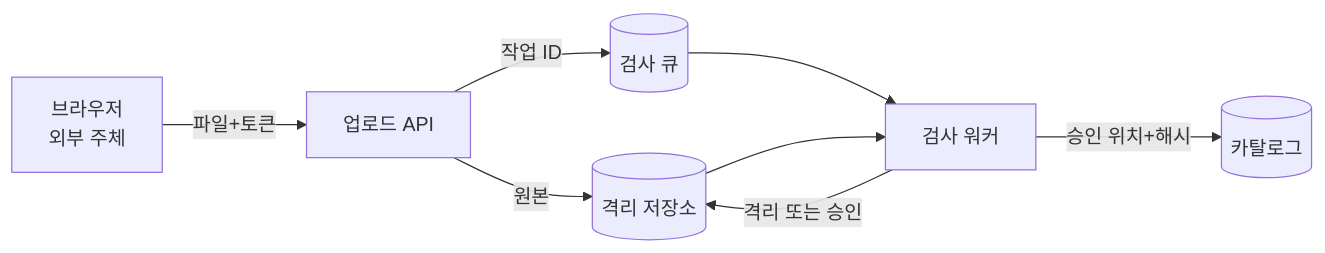
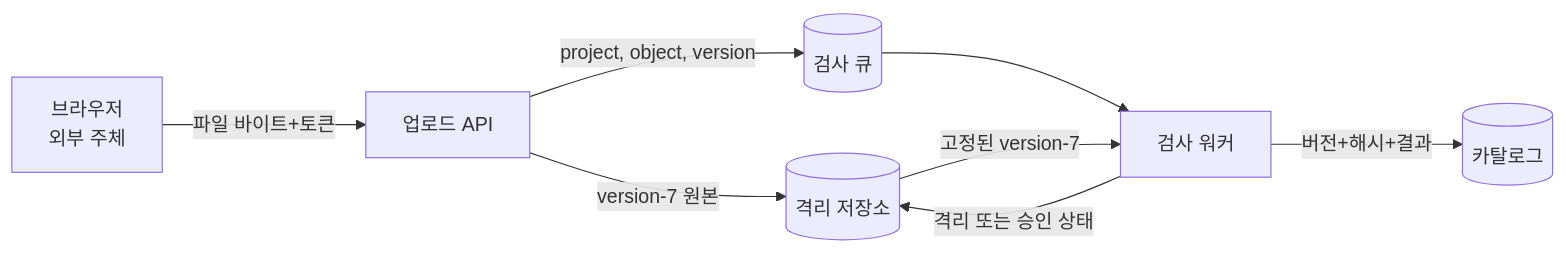
Before and after one commit to mj006648/netai-devsecops-runbook: the first of 2 diagrams in learning/security-cryptography/01-threat-models-and-security-goals.md, drawn with Mermaid. The commit also changed other lines of this file and 165 other files, not shown here.

````diff
--- a/learning/security-cryptography/01-threat-models-and-security-goals.md
+++ b/learning/security-cryptography/01-threat-models-and-security-goals.md
@@ -39,10 +70,10 @@
 ```mermaid
 flowchart LR
-    U[브라우저<br/>외부 주체] -->|파일+토큰| A[업로드 API]
-    A -->|원본| O[(격리 저장소)]
-    A -->|작업 ID| Q[(검사 큐)]
+    U[브라우저<br/>외부 주체] -->|파일 바이트+토큰| A[업로드 API]
+    A -->|version-7 원본| O[(격리 저장소)]
+    A -->|project, object, version| Q[(검사 큐)]
     Q --> W[검사 워커]
-    O --> W
-    W -->|승인 위치+해시| C[(카탈로그)]
-    W -->|격리 또는 승인| O
+    O -->|고정된 version-7| W
+    W -->|버전+해시+결과| C[(카탈로그)]
+    W -->|격리 또는 승인 상태| O
 ```
````
